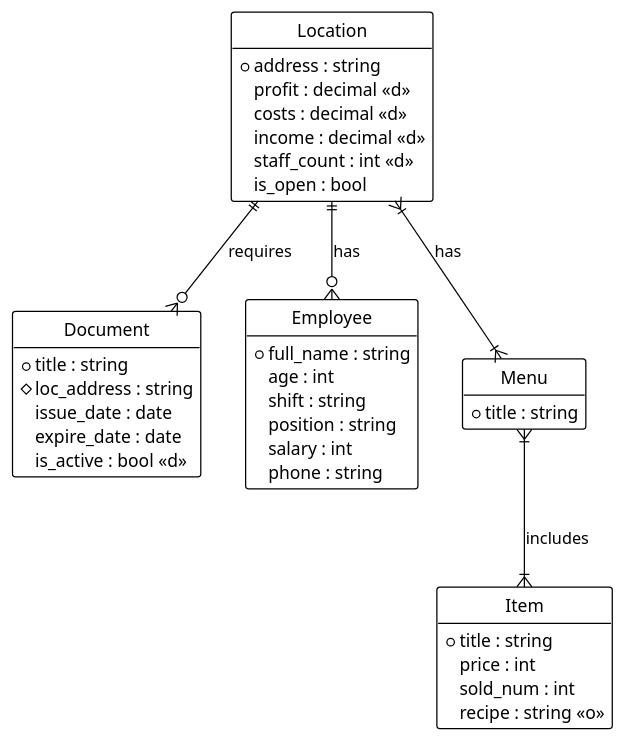
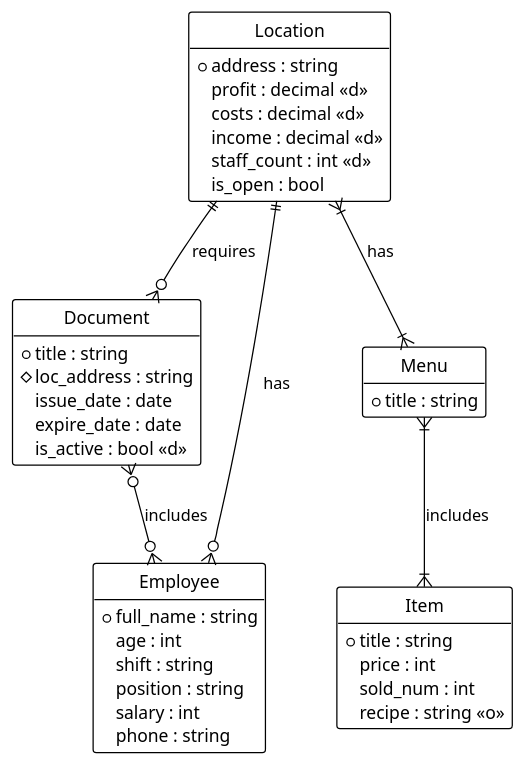
Before and after one commit to MihajloVat/KPI_labs_3_sem: the diagram in lab1/diagrams/crows_foot/er_crowsfoot.puml, drawn with PlantUML.

Commit message:
add doc -- emp

```diff
--- a/lab1/diagrams/crows_foot/er_crowsfoot.puml
+++ b/lab1/diagrams/crows_foot/er_crowsfoot.puml
@@ -1,48 +1,49 @@
 @startuml
 !theme plain
 hide circle
 hide methods
 
 entity "Location" as loc {
 *address : string
 profit : decimal <<d>>
 costs : decimal <<d>>
 income : decimal <<d>>
 staff_count : int <<d>>
 is_open : bool
 }
 
 entity "Document" as doc {
 *title : string
 #loc_address : string
 issue_date : date
 expire_date : date
 is_active : bool <<d>>
 }
 
 entity "Employee" as emp {
 *full_name : string
 age : int
 shift : string
 position : string
 salary : int
 phone : string
 }
 
 entity "Menu" as menu {
 *title : string
 }
 
 entity "Item" as item {
 *title : string
 price : int
 sold_num : int
 recipe : string <<o>>
 }
 
 loc ||--o{ doc : "requires"
 loc }|--|{ menu : "has"
 loc ||--o{ emp : "has"
 menu }|--|{ item : "includes"
+doc }o--o{ emp : "includes"
 
 @enduml
```
